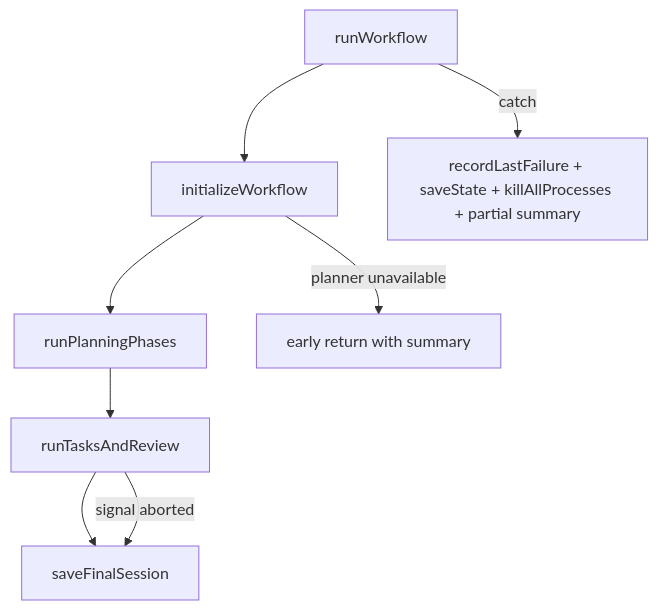
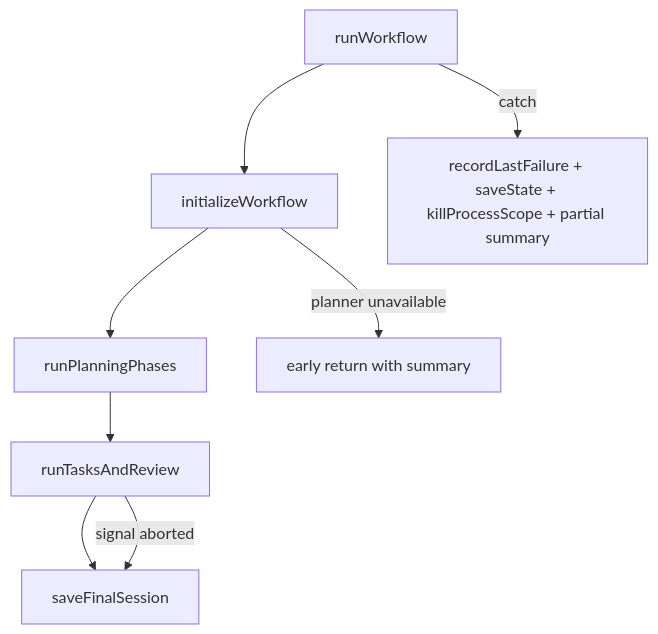
One commit to b4r7x/splitbrief changed the first of 2 diagrams in docs/ENGINE.md. Above: the diagram before and after it, drawn with Mermaid. The commit also changed other lines of this file and 10 other files, not shown here.

````diff
--- a/docs/ENGINE.md
+++ b/docs/ENGINE.md
@@ -20,10 +20,10 @@
 ```mermaid
 flowchart TD
   A[runWorkflow] --> B[initializeWorkflow]
   B --> C[runPlanningPhases]
   C --> E[runTasksAndReview]
   E --> F[saveFinalSession]
   B -->|planner unavailable| G[early return with summary]
   E -->|signal aborted| F
-  A -->|catch| H[recordLastFailure + saveState + killAllProcesses + partial summary]
+  A -->|catch| H[recordLastFailure + saveState + killProcessScope + partial summary]
 ```
````
